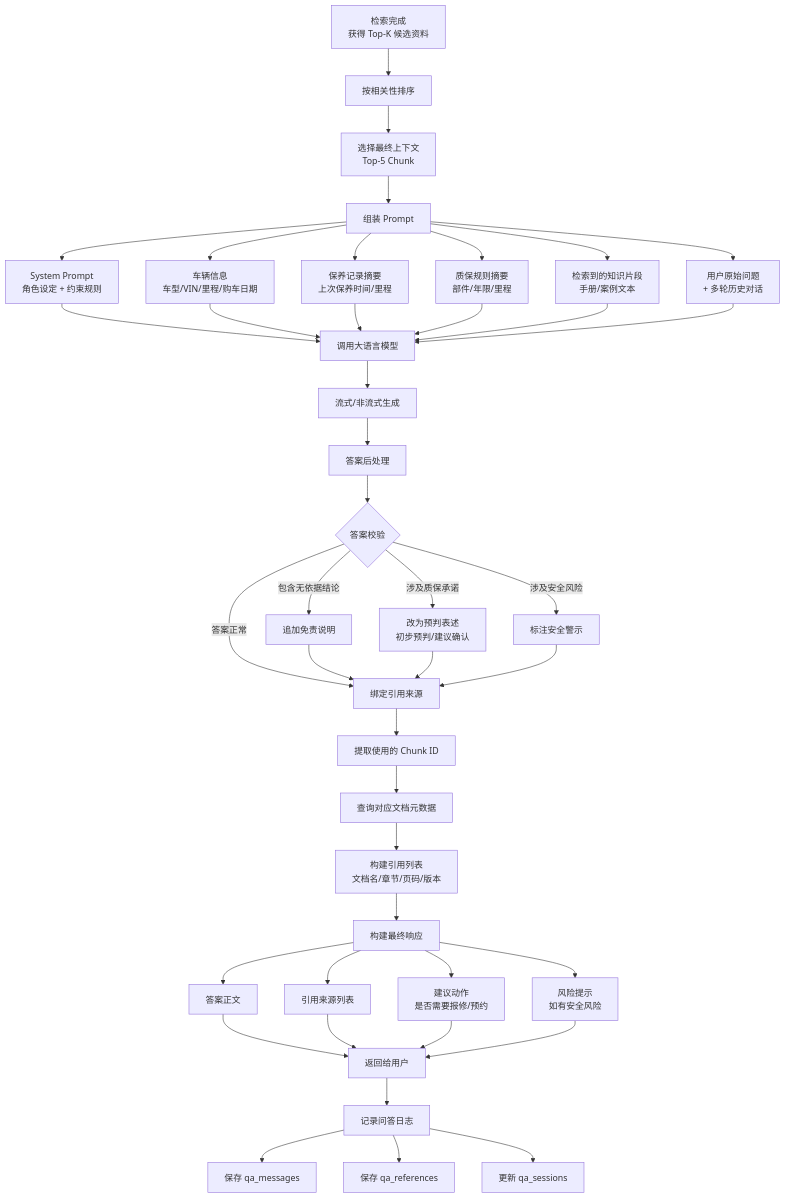
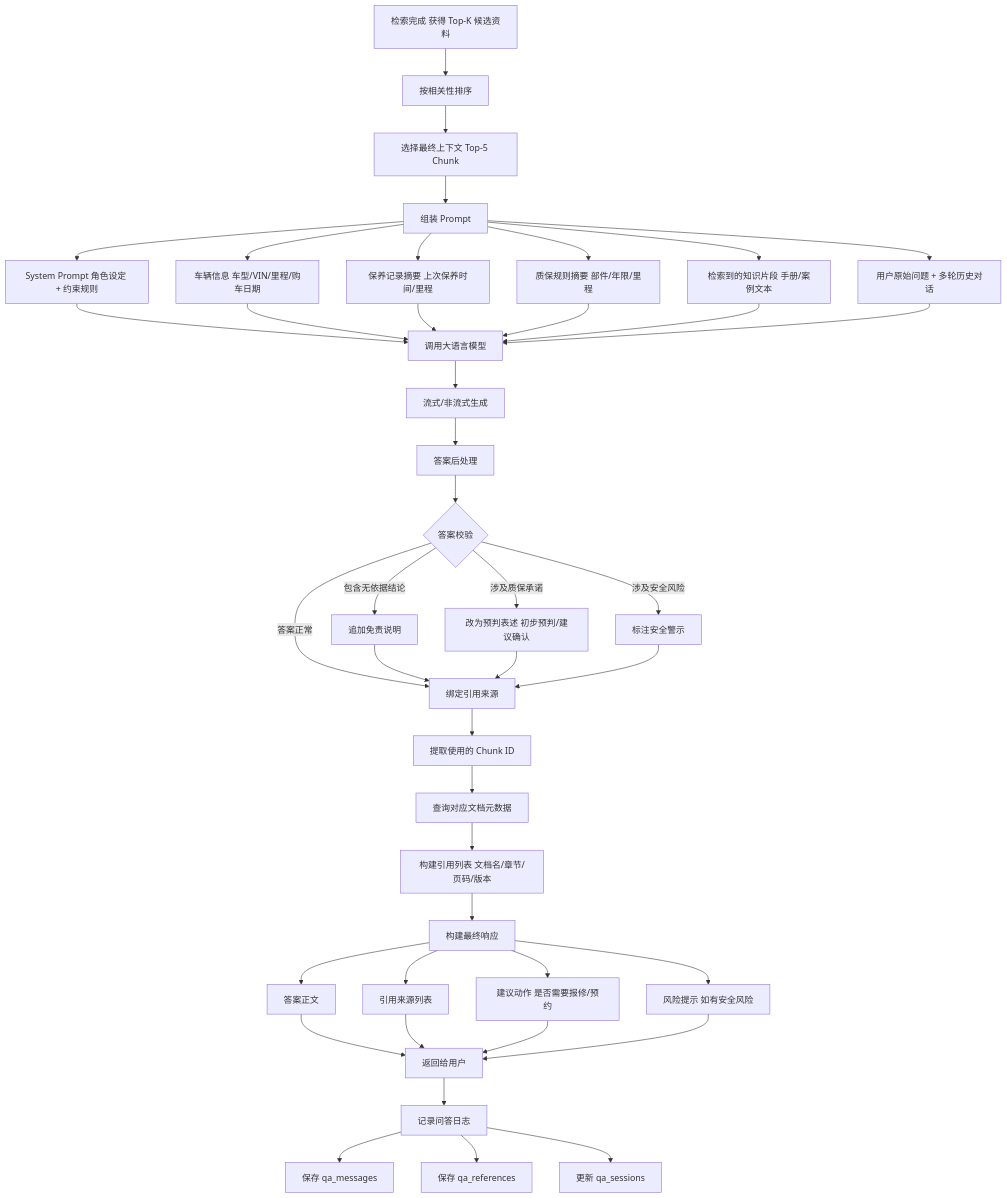
The diagram in flows/02_RAG检索流程/02_RAG生成回答流程.md (evanwusibin/auto-carcrm), drawn with Mermaid before and after one commit. The commit also changed 13 other files, not shown here.

First line of the commit message:
feat: 五项优化 - 登录页轮播+排版/Mermaid修复/检索页流式开关/页面设计文档/DB更新v1.2

````diff
--- a/flows/02_RAG检索流程/02_RAG生成回答流程.md
+++ b/flows/02_RAG检索流程/02_RAG生成回答流程.md
@@ -9,54 +9,54 @@
 ```mermaid
 flowchart TD
-    A[检索完成<br/>获得 Top-K 候选资料] --> B[按相关性排序]
-    B --> C[选择最终上下文<br/>Top-5 Chunk]
+    A[检索完成 获得 Top-K 候选资料] --> B[按相关性排序]
+    B --> C[选择最终上下文 Top-5 Chunk]
 
     C --> D[组装 Prompt]
 
-    D --> D1[System Prompt<br/>角色设定 + 约束规则]
-    D --> D2[车辆信息<br/>车型/VIN/里程/购车日期]
-    D --> D3[保养记录摘要<br/>上次保养时间/里程]
-    D --> D4[质保规则摘要<br/>部件/年限/里程]
-    D --> D5[检索到的知识片段<br/>手册/案例文本]
-    D --> D6[用户原始问题<br/>+ 多轮历史对话]
+    D --> D1[System Prompt 角色设定 + 约束规则]
+    D --> D2[车辆信息 车型/VIN/里程/购车日期]
+    D --> D3[保养记录摘要 上次保养时间/里程]
+    D --> D4[质保规则摘要 部件/年限/里程]
+    D --> D5[检索到的知识片段 手册/案例文本]
+    D --> D6[用户原始问题 + 多轮历史对话]
 
     D1 --> E[调用大语言模型]
     D2 --> E
     D3 --> E
     D4 --> E
     D5 --> E
     D6 --> E
 
     E --> F[流式/非流式生成]
     F --> G[答案后处理]
 
     G --> G1{答案校验}
     G1 -- 包含无依据结论 --> G2[追加免责说明]
-    G1 -- 涉及质保承诺 --> G3[改为预判表述<br/>初步预判/建议确认]
+    G1 -- 涉及质保承诺 --> G3[改为预判表述 初步预判/建议确认]
     G1 -- 涉及安全风险 --> G4[标注安全警示]
     G1 -- 答案正常 --> H[绑定引用来源]
 
     G2 --> H
     G3 --> H
     G4 --> H
 
     H --> H1[提取使用的 Chunk ID]
     H1 --> H2[查询对应文档元数据]
-    H2 --> H3[构建引用列表<br/>文档名/章节/页码/版本]
+    H2 --> H3[构建引用列表 文档名/章节/页码/版本]
 
     H3 --> I[构建最终响应]
     I --> I1[答案正文]
     I --> I2[引用来源列表]
-    I --> I3[建议动作<br/>是否需要报修/预约]
-    I --> I4[风险提示<br/>如有安全风险]
+    I --> I3[建议动作 是否需要报修/预约]
+    I --> I4[风险提示 如有安全风险]
 
     I1 --> J[返回给用户]
     I2 --> J
     I3 --> J
     I4 --> J
 
     J --> K[记录问答日志]
     K --> K1[保存 qa_messages]
     K --> K2[保存 qa_references]
     K --> K3[更新 qa_sessions]
 ```
````
